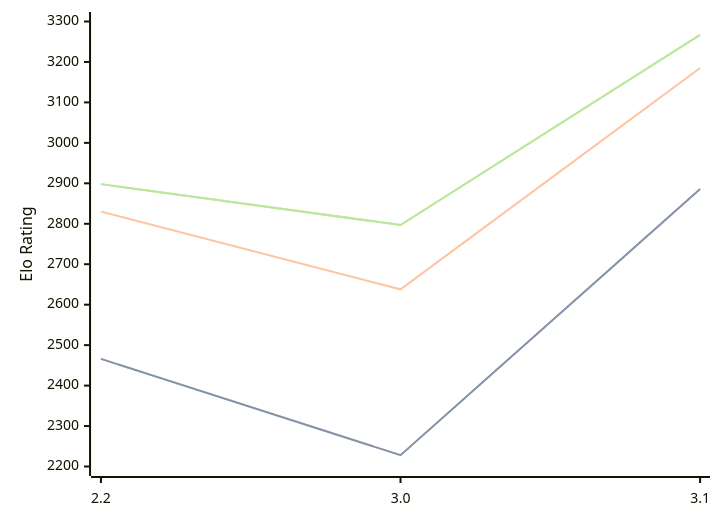
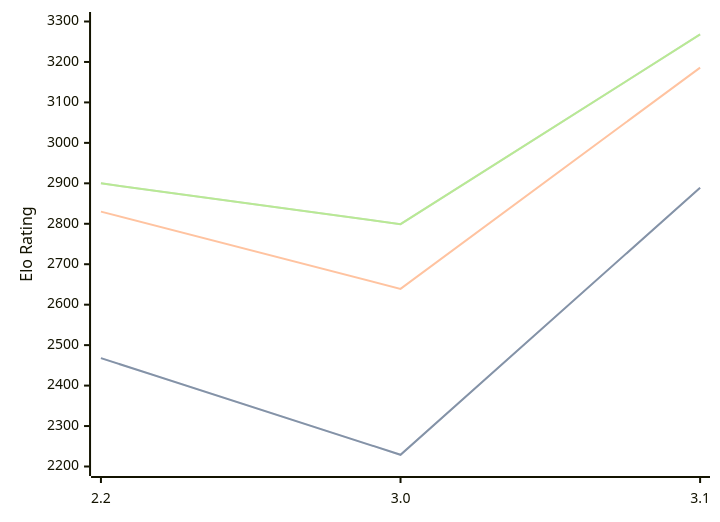
One commit to computer-chess-index/cci changed the diagram in engines/Thrawn.md. Above: the diagram before and after it, drawn with Mermaid. The commit also changed other lines of this file, not shown here.

Commit message:
Update CCI Ratings (ELO VLTC) - 2026-08-29

````diff
--- a/engines/Thrawn.md
+++ b/engines/Thrawn.md
@@ -33,11 +33,11 @@
 ```mermaid
 %%{init: {"theme":"base","themeVariables":{"seriesColors:['#a3a3a3','#222221','#faa371']}}}%%
 xychart-beta
   x-axis ["2.2", "3.0", "3.1"]
   y-axis "Elo Rating" 2200 --> 3300
-  line "" [2466, 2228, 2886]
-  line "STC (8.0+0.08s)" [2466, 2228, 2886]
-  line "LTC (60.0+0.60s)" [2830, 2638, 3185]
-  line "" [2898, 2797, 3267]
-  line "VLTC (2m24s+1.12s)" [2898, 2797, 3267]
+  line "" [2468, 2229, 2889]
+  line "STC (8.0+0.08s)" [2468, 2229, 2889]
+  line "LTC (60.0+0.60s)" [2830, 2639, 3186]
+  line "" [2900, 2799, 3268]
+  line "VLTC (2m24s+1.12s)" [2900, 2799, 3268]
 ```
````
